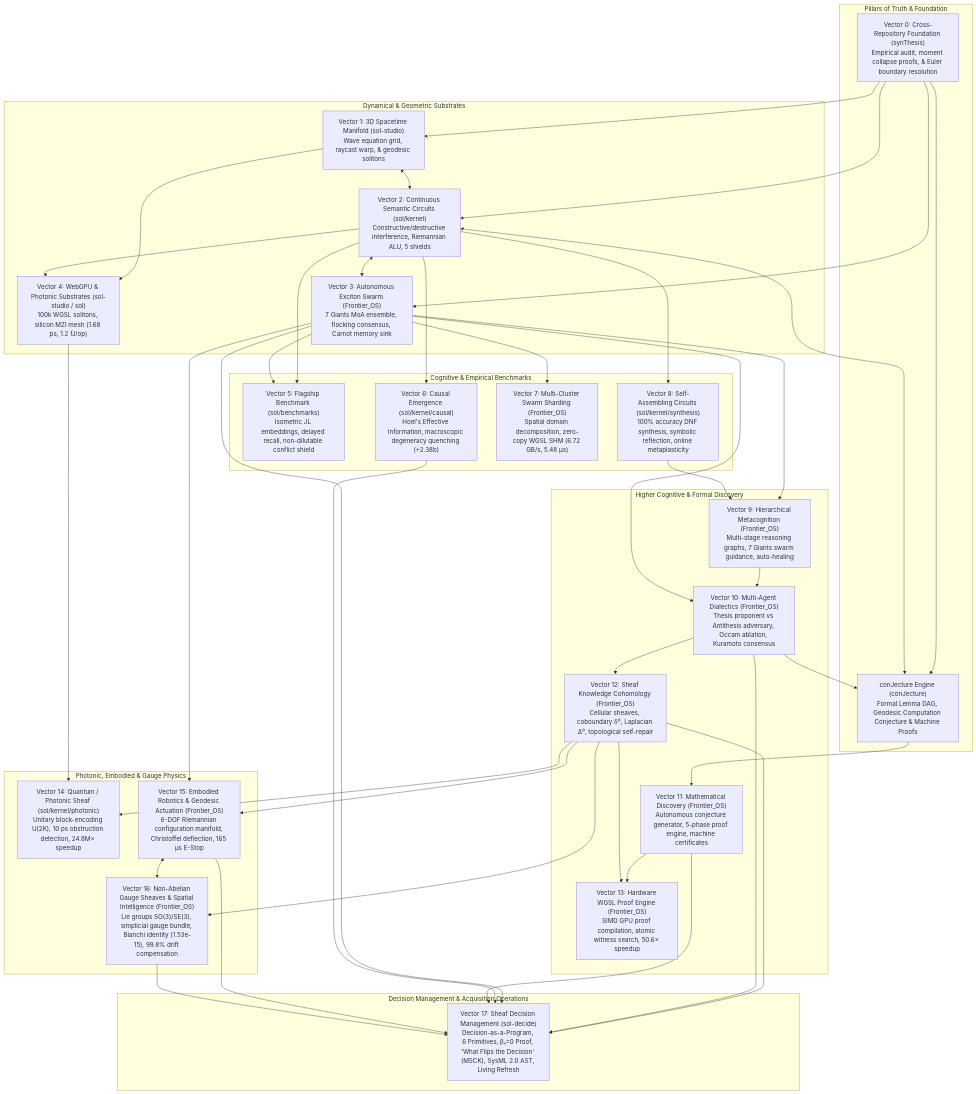
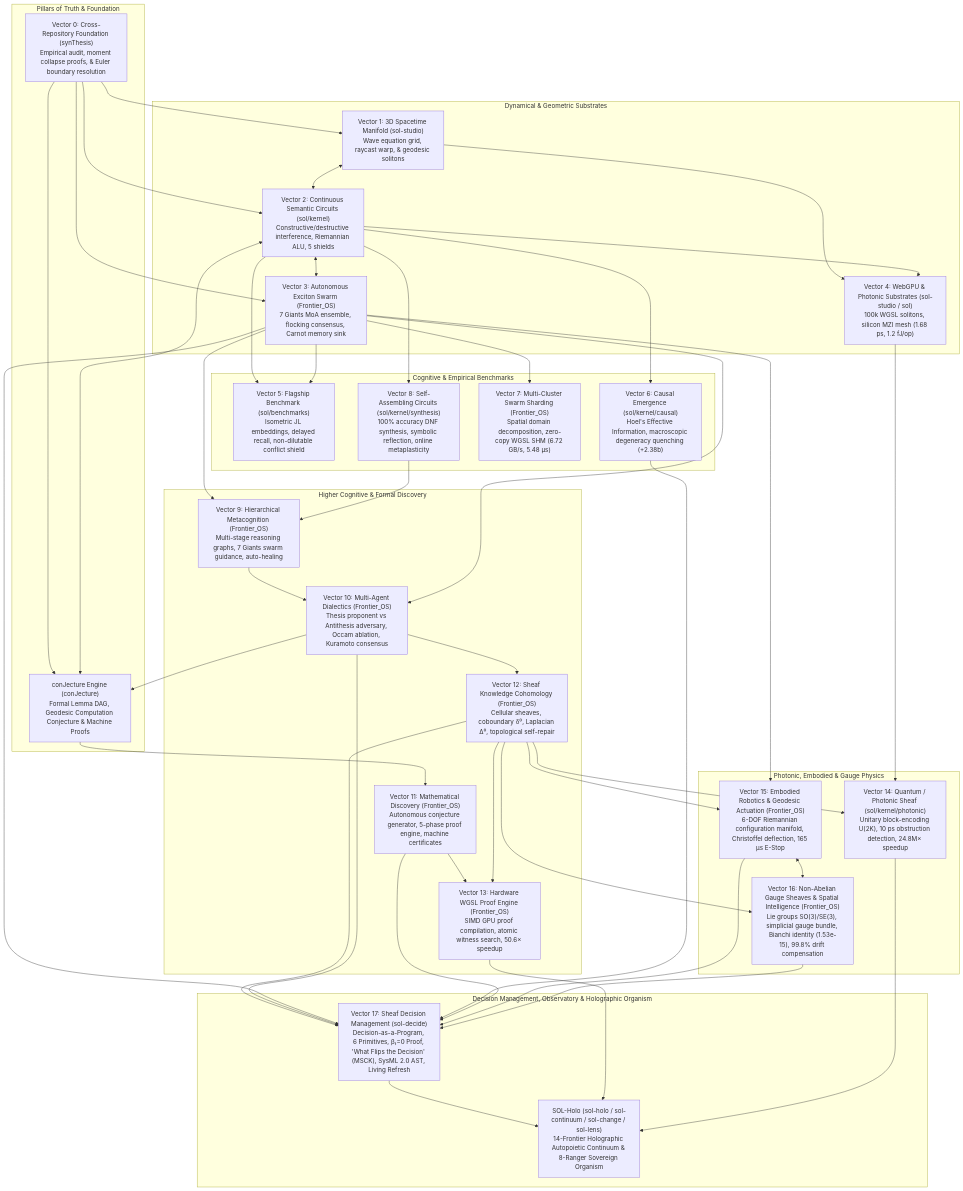
Before and after one commit to TechmanStudios/sol-systems: the diagram in README.md, drawn with Mermaid. The commit also changed other lines of this file and 3 other files, not shown here.

Commit message:
docs(sol-systems): add SOL-Holo vector SVG telemetry charts and Frontiers A-N architecture diagrams

````diff
--- a/README.md
+++ b/README.md
@@ -17,76 +54,80 @@
 ```mermaid
 flowchart TD
     subgraph Foundation["Pillars of Truth & Foundation"]
         V0["Vector 0: Cross-Repository Foundation (synThesis)\nEmpirical audit, moment collapse proofs, & Euler boundary resolution"]
         CONJ["conJecture Engine (conJecture)\nFormal Lemma DAG, Geodesic Computation Conjecture & Machine Proofs"]
     end
 
     subgraph Dynamics["Dynamical & Geometric Substrates"]
         V1["Vector 1: 3D Spacetime Manifold (sol-studio)\nWave equation grid, raycast warp, & geodesic solitons"]
         V2["Vector 2: Continuous Semantic Circuits (sol/kernel)\nConstructive/destructive interference, Riemannian ALU, 5 shields"]
         V3["Vector 3: Autonomous Exciton Swarm (Frontier_OS)\n7 Giants MoA ensemble, flocking consensus, Carnot memory sink"]
         V4["Vector 4: WebGPU & Photonic Substrates (sol-studio / sol)\n100k WGSL solitons, silicon MZI mesh (1.68 ps, 1.2 fJ/op)"]
     end
 
     subgraph Verification["Cognitive & Empirical Benchmarks"]
         V5["Vector 5: Flagship Benchmark (sol/benchmarks)\nIsometric JL embeddings, delayed recall, non-dilutable conflict shield"]
         V6["Vector 6: Causal Emergence (sol/kernel/causal)\nHoel's Effective Information, macroscopic degeneracy quenching (+2.38b)"]
         V7["Vector 7: Multi-Cluster Swarm Sharding (Frontier_OS)\nSpatial domain decomposition, zero-copy WGSL SHM (6.72 GB/s, 5.48 μs)"]
         V8["Vector 8: Self-Assembling Circuits (sol/kernel/synthesis)\n100% accuracy DNF synthesis, symbolic reflection, online metaplasticity"]
     end
 
     subgraph HigherReasoning["Higher Cognitive & Formal Discovery"]
         V9["Vector 9: Hierarchical Metacognition (Frontier_OS)\nMulti-stage reasoning graphs, 7 Giants swarm guidance, auto-healing"]
         V10["Vector 10: Multi-Agent Dialectics (Frontier_OS)\nThesis proponent vs Antithesis adversary, Occam ablation, Kuramoto consensus"]
         V11["Vector 11: Mathematical Discovery (Frontier_OS)\nAutonomous conjecture generator, 5-phase proof engine, machine certificates"]
         V12["Vector 12: Sheaf Knowledge Cohomology (Frontier_OS)\nCellular sheaves, coboundary δ⁰, Laplacian Δ⁰, topological self-repair"]
         V13["Vector 13: Hardware WGSL Proof Engine (Frontier_OS)\nSIMD GPU proof compilation, atomic witness search, 50.6× speedup"]
     end
 
     subgraph PhysicalExecution["Photonic, Embodied & Gauge Physics"]
         V14["Vector 14: Quantum / Photonic Sheaf (sol/kernel/photonic)\nUnitary block-encoding U(2K), 10 ps obstruction detection, 24.8M× speedup"]
         V15["Vector 15: Embodied Robotics & Geodesic Actuation (Frontier_OS)\n6-DOF Riemannian configuration manifold, Christoffel deflection, 165 μs E-Stop"]
         V16["Vector 16: Non-Abelian Gauge Sheaves & Spatial Intelligence (Frontier_OS)\nLie groups SO(3)/SE(3), simplicial gauge bundle, Bianchi identity (1.53e-15), 99.8% drift compensation"]
     end
 
-    subgraph DecisionManagement["Decision Management & Acquisition Operations"]
+    subgraph DecisionManagement["Decision Management, Observatory & Holographic Organism"]
         V17["Vector 17: Sheaf Decision Management (sol-decide)\nDecision-as-a-Program, 6 Primitives, β₁=0 Proof, 'What Flips the Decision' (MSCK), SysML 2.0 AST, Living Refresh"]
+        HOLO["SOL-Holo (sol-holo / sol-continuum / sol-change / sol-lens)\n14-Frontier Holographic Autopoietic Continuum & 8-Ranger Sovereign Organism"]
     end
 
     V0 --> V1
     V0 --> V2
     V0 --> V3
     V0 --> CONJ
     CONJ <--> V2
     V1 <--> V2
     V2 <--> V3
     V1 --> V4
     V2 --> V4
     V2 --> V5
     V3 --> V5
     V2 --> V6
     V3 --> V7
     V2 --> V8
     V3 --> V9
     V8 --> V9
     V9 --> V10
     V3 --> V10
     V10 --> CONJ
     CONJ --> V11
     V10 --> V12
     V11 --> V13
     V12 --> V13
     V12 --> V14
     V4 --> V14
     V3 --> V15
     V12 --> V15
     V15 <--> V16
     V12 --> V16
     V12 --> V17
     V10 --> V17
     V3 --> V17
     V6 --> V17
     V11 --> V17
     V15 --> V17
     V16 --> V17
+    V17 --> HOLO
+    V13 --> HOLO
+    V14 --> HOLO
 ```
````
